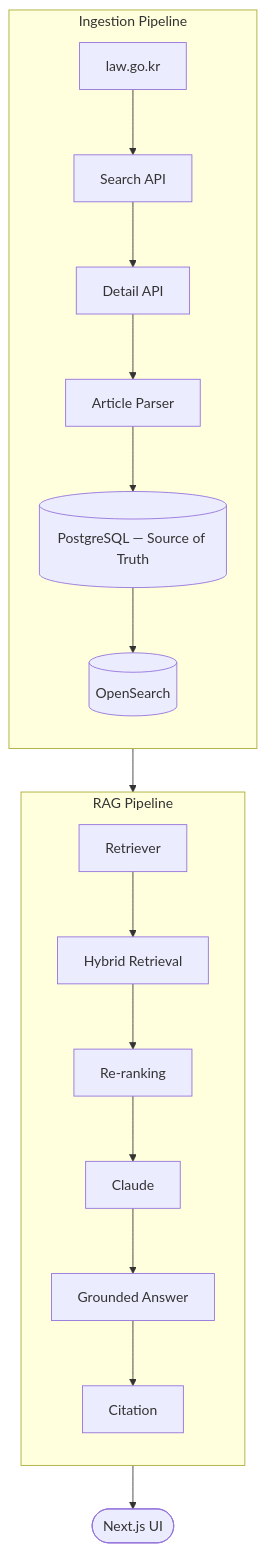
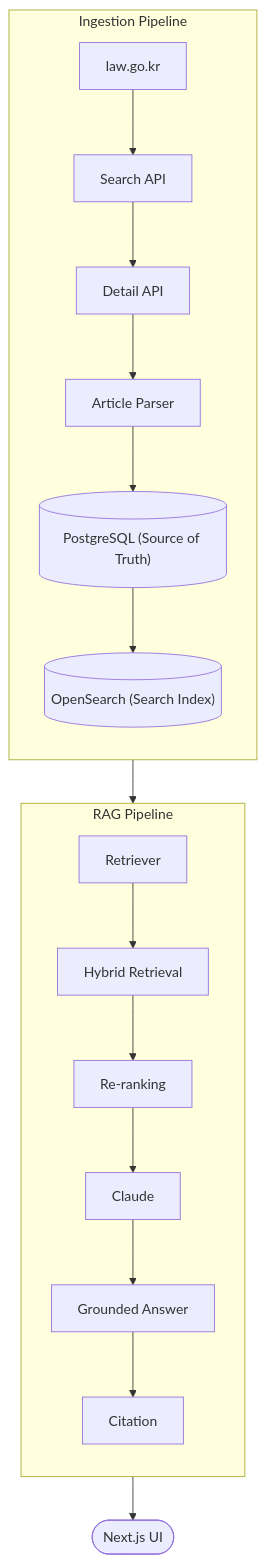
Before and after one commit to ShinSungRok/public-law-ai: the diagram in README.md, drawn with Mermaid. The commit also changed other lines of this file and 3 other files, not shown here.

````diff
--- a/README.md
+++ b/README.md
@@ -101,23 +101,23 @@
 ```mermaid
 flowchart TD
     subgraph Ingestion["Ingestion Pipeline"]
         direction TB
         A["law.go.kr"] --> B["Search API"]
         B --> C["Detail API"]
         C --> D["Article Parser"]
-        D --> E[("PostgreSQL — Source of Truth")]
-        E --> F[("OpenSearch")]
+        D --> E[("PostgreSQL (Source of Truth)")]
+        E --> F[("OpenSearch (Search Index)")]
     end
 
     subgraph RAG["RAG Pipeline"]
         direction TB
         G["Retriever"] --> H["Hybrid Retrieval"]
         H --> I["Re-ranking"]
         I --> J["Claude"]
         J --> K["Grounded Answer"]
         K --> L["Citation"]
     end
 
     F --> G
     L --> M(["Next.js UI"])
 ```
````
